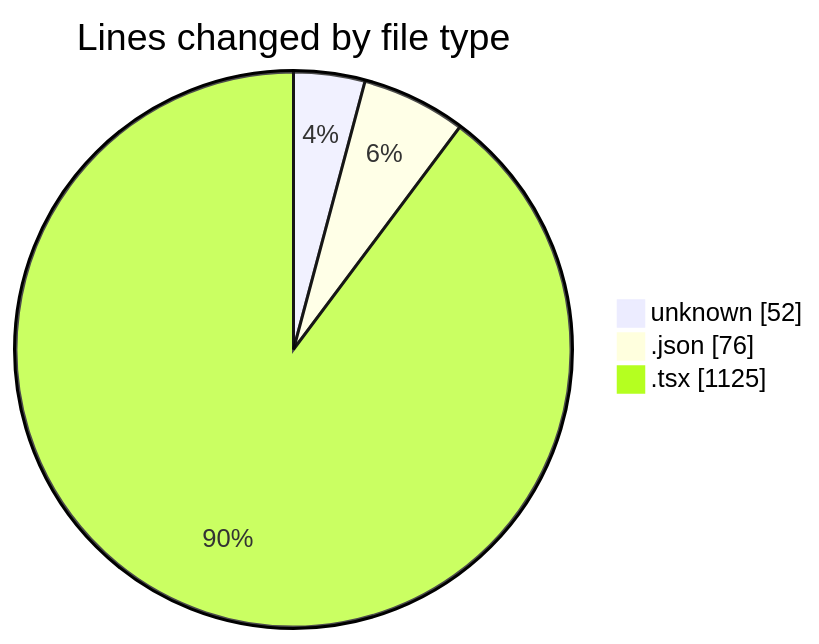
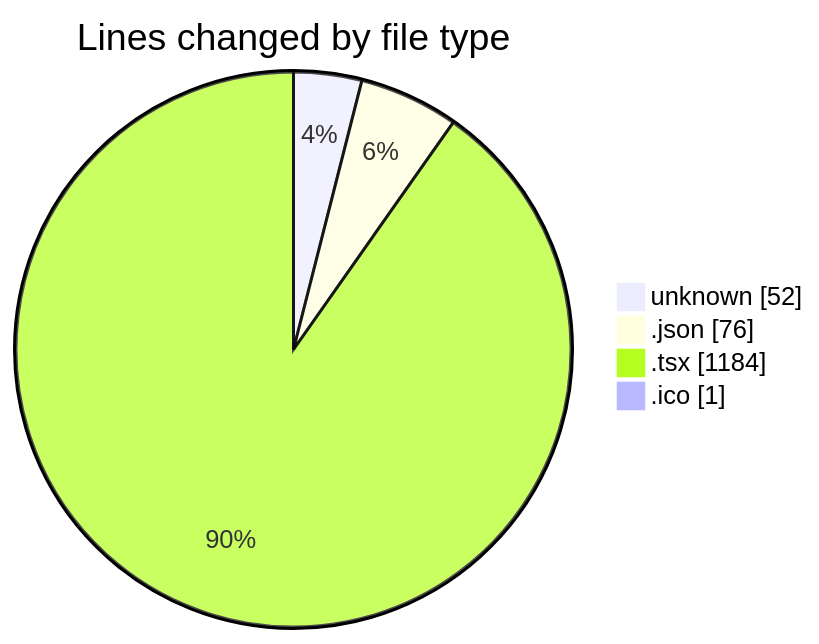
The first of 2 diagrams in 2025-06-28/navtech/README.md (JenPaints/code-tracking), drawn with Mermaid before and after one commit. The commit also changed other lines of this file and 1 other file, not shown here.

````diff
--- a/2025-06-28/navtech/README.md
+++ b/2025-06-28/navtech/README.md
@@ -27,7 +28,8 @@
 ```mermaid
 pie showData
 title Lines changed by file type
 "unknown" : 52
 ".json" : 76
-".tsx" : 1125
+".tsx" : 1184
+".ico" : 1
 ```
````
